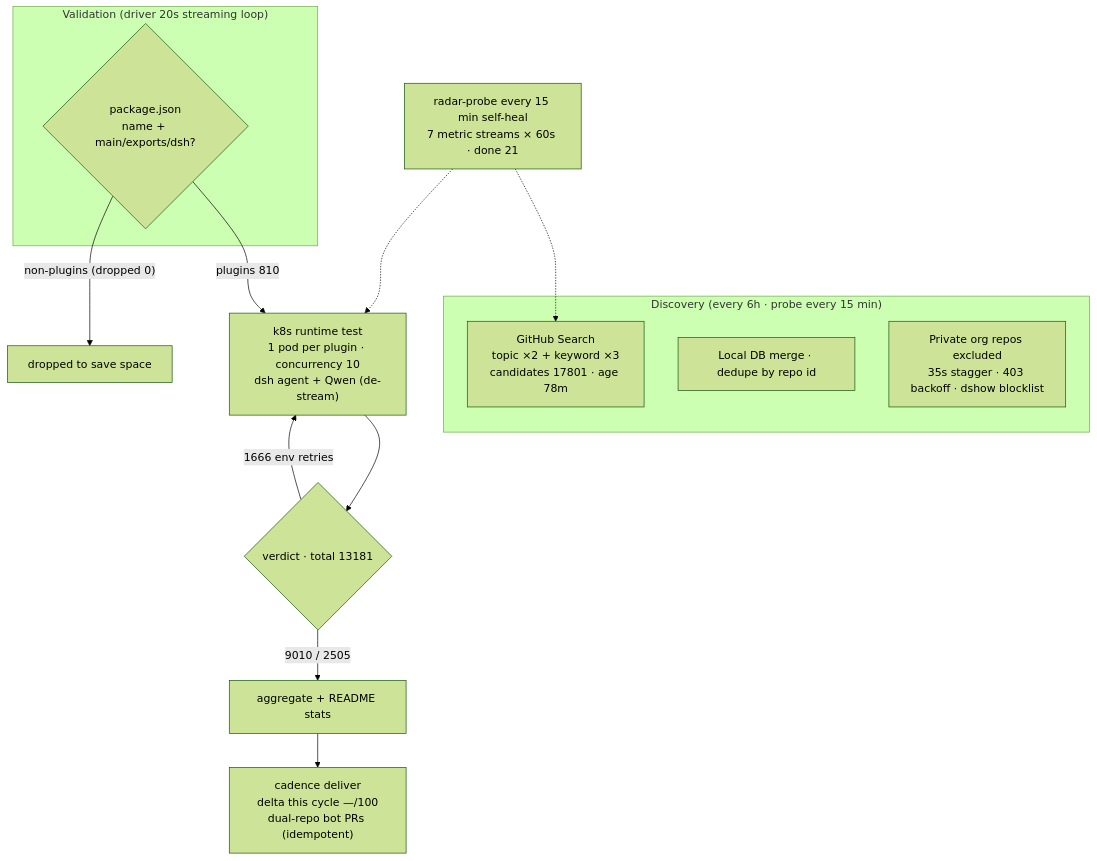
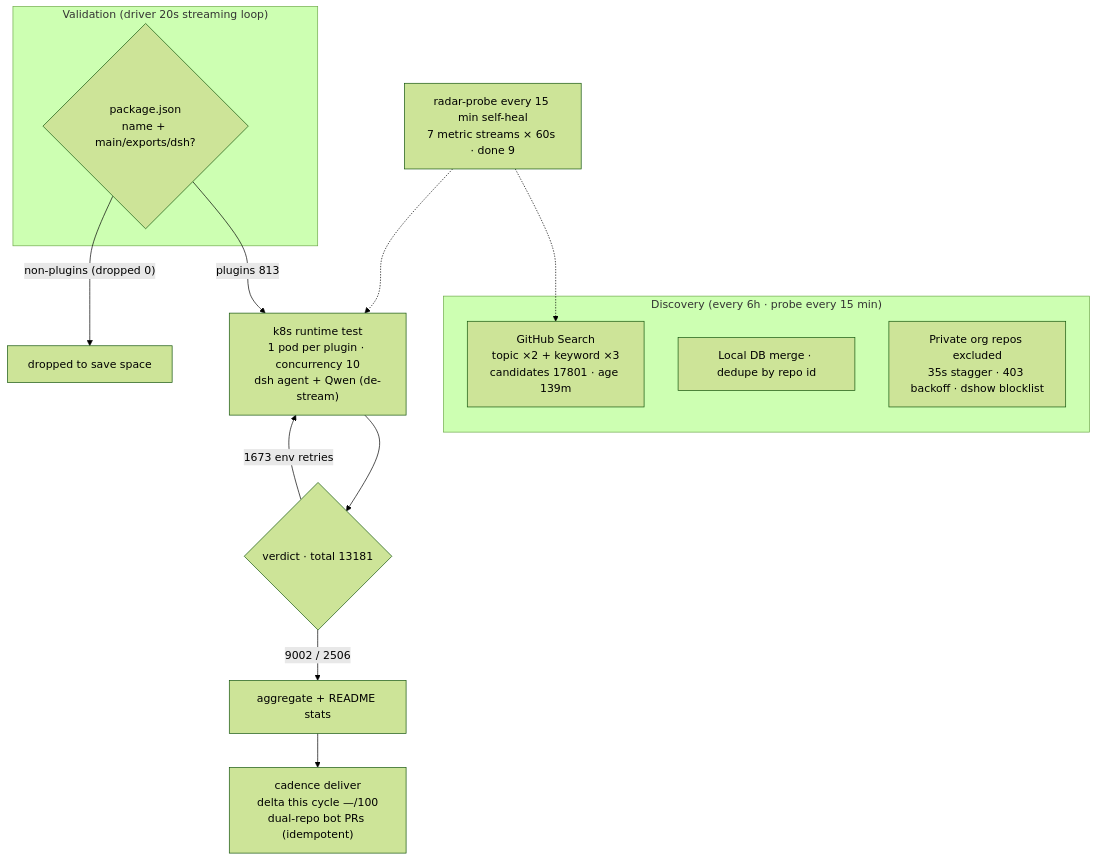
One commit to AdamPlatin123/awesome-dsh-plugins changed the diagram in README.en-US.md. Above: the diagram before and after it, drawn with Mermaid (forest theme). The commit also changed other lines of this file and 5 other files, not shown here.

````diff
--- a/README.en-US.md
+++ b/README.en-US.md
@@ -45,20 +45,20 @@
 ```mermaid
 flowchart TB
     subgraph Discovery["Discovery (every 6h · probe every 15 min)"]
-        A1["GitHub Search<br/>topic ×2 + keyword ×3<br/>candidates 17801 · age 78m"]
+        A1["GitHub Search<br/>topic ×2 + keyword ×3<br/>candidates 17801 · age 139m"]
         A2["Local DB merge · dedupe by repo id"]
         A3["Private org repos excluded<br/>35s stagger · 403 backoff · dshow blocklist"]
     end
     subgraph Validation["Validation (driver 20s streaming loop)"]
         B1{"package.json<br/>name + main/exports/dsh?"}
     end
-    B1 -->|"plugins 810"| C1["k8s runtime test<br/>1 pod per plugin · concurrency 10<br/>dsh agent + Qwen (de-stream)"]
+    B1 -->|"plugins 813"| C1["k8s runtime test<br/>1 pod per plugin · concurrency 10<br/>dsh agent + Qwen (de-stream)"]
     B1 -->|"non-plugins (dropped 0)"| B3["dropped to save space"]
     C1 --> D1{"verdict · total 13181"}
-    D1 -->|"9010 / 2505"| E1["aggregate + README stats"]
-    D1 -->|"1666 env retries"| C1
+    D1 -->|"9002 / 2506"| E1["aggregate + README stats"]
+    D1 -->|"1673 env retries"| C1
     E1 --> E2["cadence deliver<br/>delta this cycle —/100<br/>dual-repo bot PRs (idempotent)"]
-    M["radar-probe every 15 min self-heal<br/>7 metric streams × 60s · done 21"]
+    M["radar-probe every 15 min self-heal<br/>7 metric streams × 60s · done 9"]
     M -.-> A1
     M -.-> C1
 ```
````
